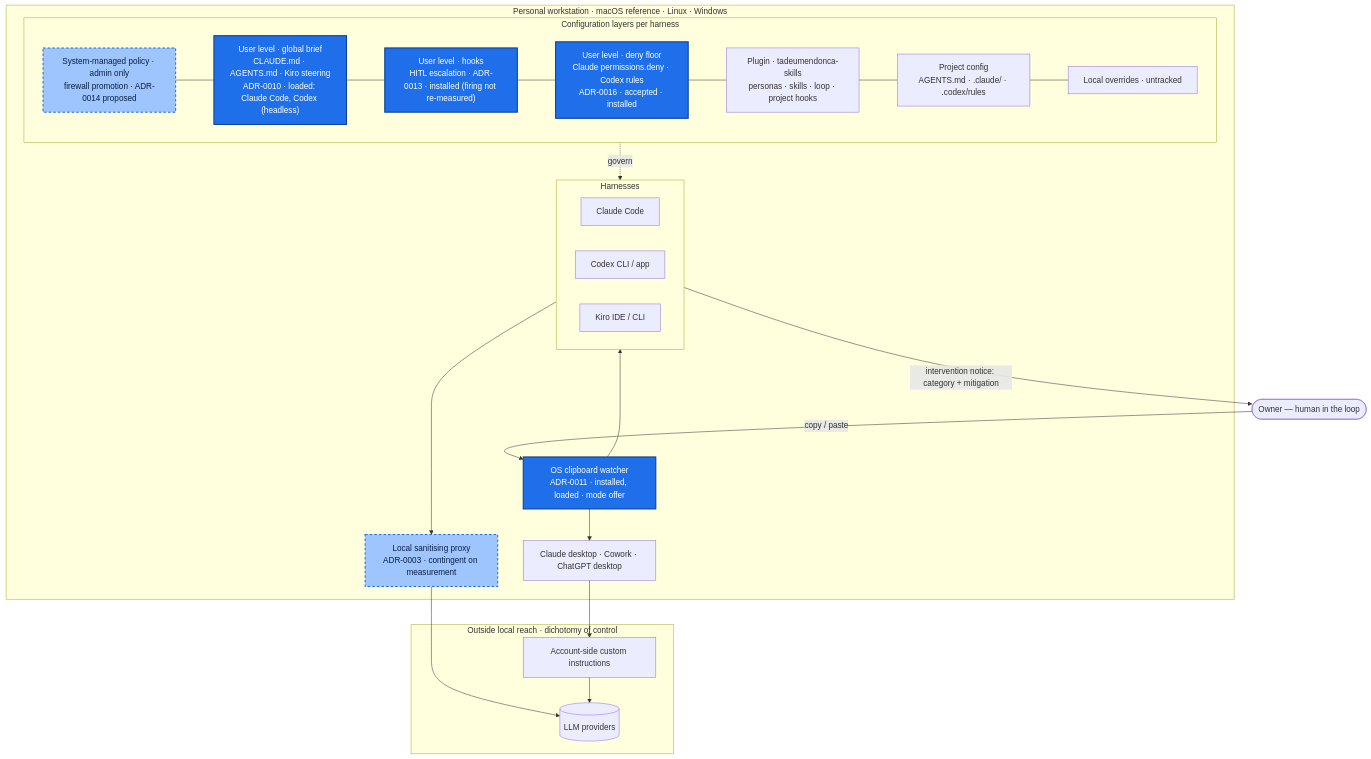
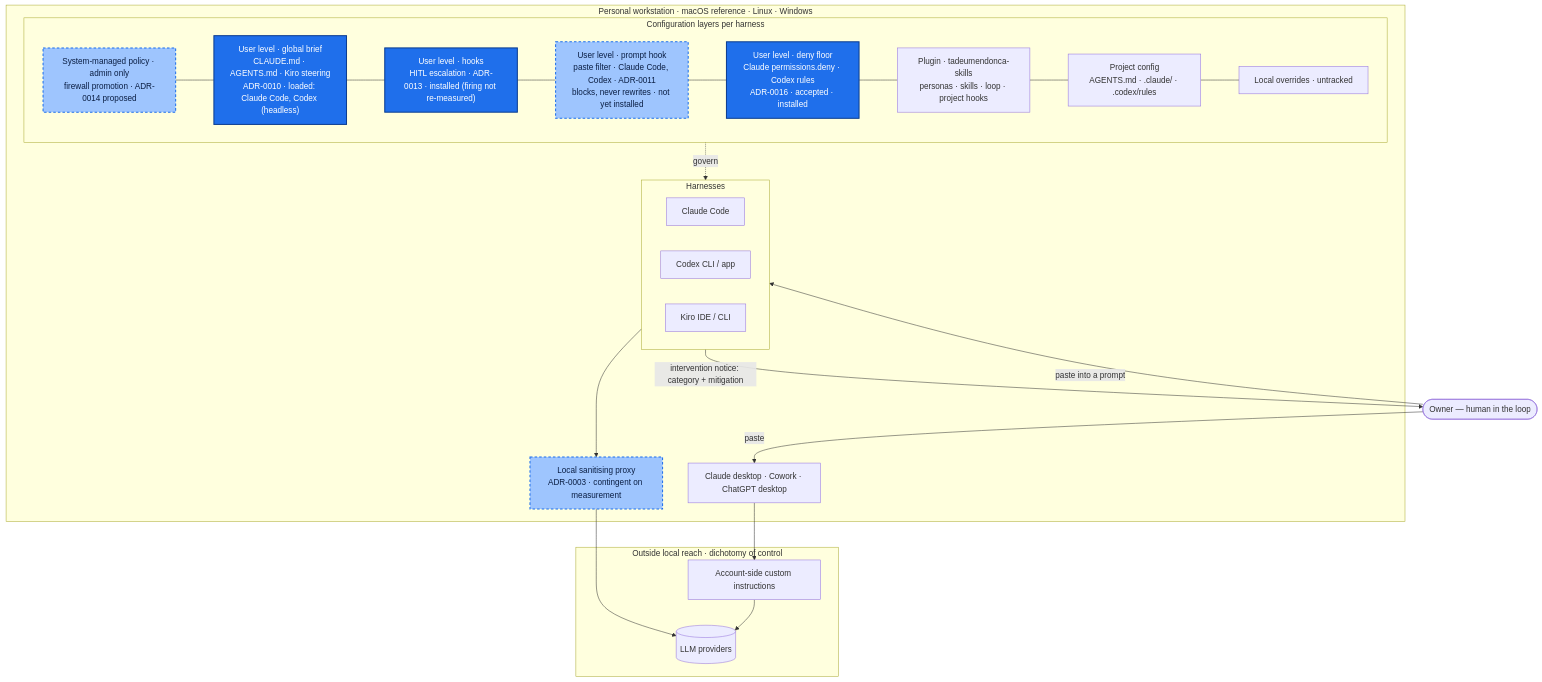
The diagram in README.md (tedeuxx/mhw), drawn with Mermaid before and after one commit. The commit also changed other lines of this file and 12 other files, not shown here.

First line of the commit message:
feat(paste-filter)!: withdraw the always-on clipboard watcher; block findings at the harness-CLI prompt (#5)

````diff
--- a/README.md
+++ b/README.md
@@ -54,44 +56,43 @@
 ```mermaid
 flowchart TB
   owner(["Owner — human in the loop"])
 
   subgraph WS["Personal workstation · macOS reference · Linux · Windows"]
-    clip["OS clipboard watcher<br/>ADR-0011 · installed, loaded · mode offer"]:::ours
 
     subgraph LAYERS["Configuration layers per harness"]
       managed["System-managed policy · admin only<br/>firewall promotion · ADR-0014 proposed"]:::oursPlanned
       ubrief["User level · global brief<br/>CLAUDE.md · AGENTS.md · Kiro steering<br/>ADR-0010 · loaded: Claude Code, Codex (headless)"]:::ours
       uhooks["User level · hooks<br/>HITL escalation · ADR-0013 · installed (firing not re-measured)"]:::ours
+      upaste["User level · prompt hook<br/>paste filter · Claude Code, Codex · ADR-0011<br/>blocks, never rewrites · not yet installed"]:::oursPlanned
       udeny["User level · deny floor<br/>Claude permissions.deny · Codex rules<br/>ADR-0016 · accepted · installed"]:::ours
       plugin["Plugin · tadeumendonca-skills<br/>personas · skills · loop · project hooks"]
       project["Project config<br/>AGENTS.md · .claude/ · .codex/rules"]
       local["Local overrides · untracked"]
     end
 
     subgraph HARN["Harnesses"]
       cc["Claude Code"]
       cx["Codex CLI / app"]
       kiro["Kiro IDE / CLI"]
     end
 
     proxy["Local sanitising proxy<br/>ADR-0003 · contingent on measurement"]:::oursPlanned
     desk["Claude desktop · Cowork · ChatGPT desktop"]
   end
 
   subgraph CLOUD["Outside local reach · dichotomy of control"]
     acct["Account-side custom instructions"]
     llm[("LLM providers")]
   end
 
-  owner -->|copy / paste| clip
-  clip --> HARN
-  clip --> desk
-  managed --- ubrief --- uhooks --- udeny --- plugin --- project --- local
+  owner -->|paste into a prompt| HARN
+  owner -->|paste| desk
+  managed --- ubrief --- uhooks --- upaste --- udeny --- plugin --- project --- local
   LAYERS -. govern .-> HARN
   HARN --> proxy --> llm
   desk --> acct --> llm
   HARN -->|"intervention notice: category + mitigation"| owner
 
   classDef ours fill:#1f6feb,stroke:#0b3d91,color:#ffffff,stroke-width:2px
   classDef oursPlanned fill:#9ec5fe,stroke:#1f6feb,color:#0b1f44,stroke-width:2px,stroke-dasharray:5 4
 ```
````
